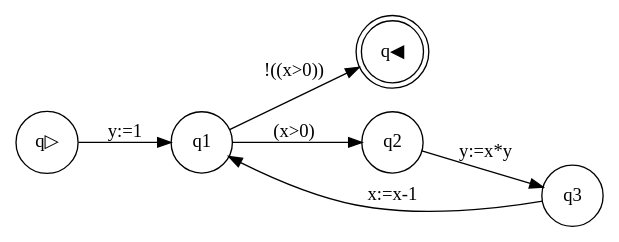
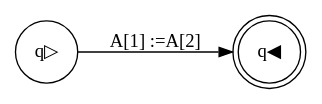
The diagram in graph.dot (gideon-wade/CSM_PA), drawn with Graphviz before and after one commit. The commit also changed 4 other files, not shown here.

```diff
--- a/graph.dot
+++ b/graph.dot
@@ -1,10 +1,6 @@
 digraph program_graph {rankdir=LR;
 node [shape = circle]; q▷;
 node [shape = doublecircle]; q◀;
 node [shape = circle]
-q▷ -> q1 [label = "y:=1"];
-q1 -> q2 [label = "(x>0)"];
-q2 -> q3 [label = "y:=x*y"];
-q3 -> q1 [label = "x:=x-1"];
-q1 -> q◀ [label = "!((x>0))"];
+q▷ -> q◀ [label = "A[1] :=A[2]"];
 }
```
